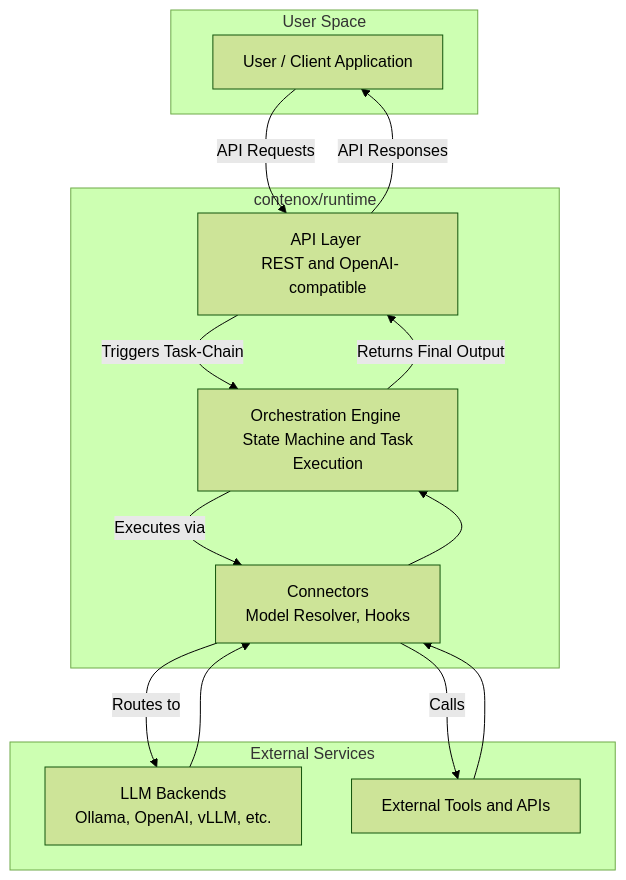
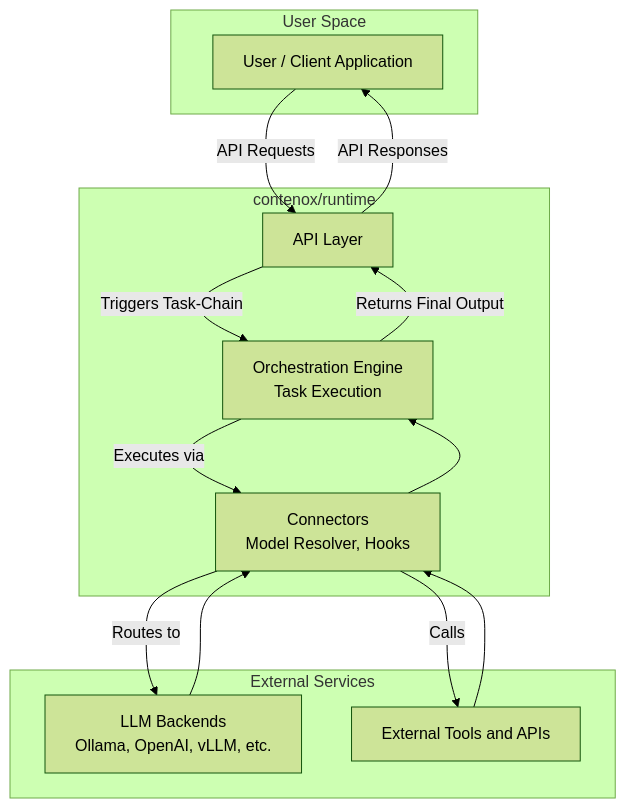
Before and after one commit to contenox/runtime: the diagram in README.md, drawn with Mermaid (forest theme).

Commit message:
Fix last commit

````diff
--- a/README.md
+++ b/README.md
@@ -118,30 +118,30 @@
 ```mermaid
 graph TD
     subgraph "User Space"
         U[User / Client Application]
     end
 
     subgraph "contenox/runtime"
-        API[API Layer <br/> REST and OpenAI-compatible]
-        OE["Orchestration Engine <br/> State Machine and Task Execution"]
+        API[API Layer]
+        OE["Orchestration Engine <br/> Task Execution"]
         CONN["Connectors <br/> Model Resolver, Hooks"]
     end
 
     subgraph "External Services"
         LLM[LLM Backends <br/> Ollama, OpenAI, vLLM, etc.]
         HOOK[External Tools and APIs]
     end
 
     %% --- Data Flow ---
     U -- API Requests --> API
     API -- Triggers Task-Chain --> OE
     OE -- Executes via --> CONN
     CONN -- Routes to --> LLM
     CONN -- Calls --> HOOK
 
     LLM --> CONN
     HOOK --> CONN
     CONN --> OE
     OE -- Returns Final Output --> API
     API -- API Responses --> U
 ```
````
